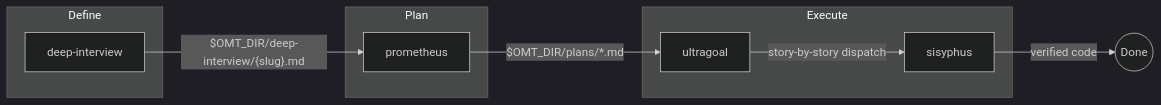
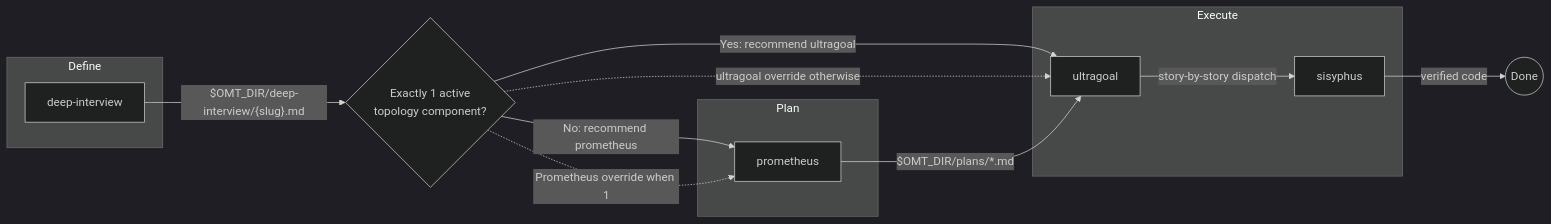
The first of 4 diagrams in docs/skills/core-pipeline.en.md (toongri/oh-my-toong-playground), drawn with Mermaid (dark theme) before and after one commit. The commit also changed other lines of this file and 5 other files, not shown here.

````diff
--- a/docs/skills/core-pipeline.en.md
+++ b/docs/skills/core-pipeline.en.md
@@ -44,18 +44,22 @@
 ```mermaid
 flowchart LR
     subgraph Define
         deep["deep-interview"]
     end
     subgraph Plan
         prometheus["prometheus"]
     end
     subgraph Execute
         ultragoal["ultragoal"]
         sisyphus["sisyphus"]
     end
 
-    deep -->|"$OMT_DIR/deep-interview/{slug}.md"| prometheus
+    deep -->|"$OMT_DIR/deep-interview/{slug}.md"| Route{Exactly 1 active<br/>topology component?}
+    Route -->|Yes: recommend ultragoal| ultragoal
+    Route -->|No: recommend prometheus| prometheus
+    Route -.->|Prometheus override when 1| prometheus
+    Route -.->|ultragoal override otherwise| ultragoal
     prometheus -->|"$OMT_DIR/plans/*.md"| ultragoal
     ultragoal -->|"story-by-story dispatch"| sisyphus
     sisyphus -->|"verified code"| Done((Done))
 ```
````
